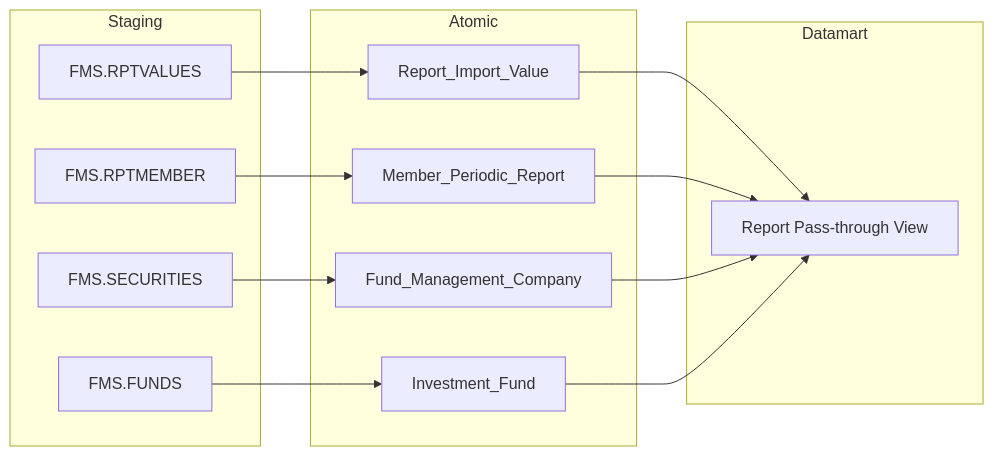
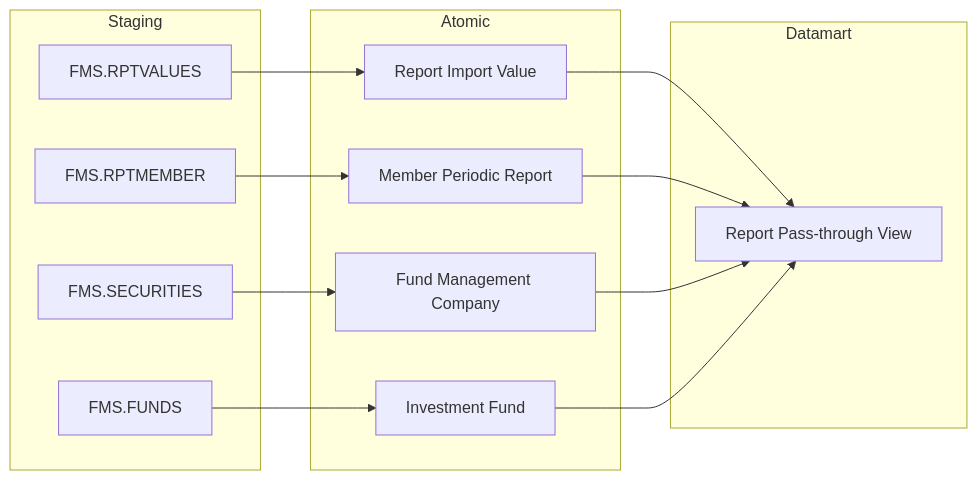
One commit to linhlvit/ubck_atomic_design changed the tenth of 11 diagrams in docs/output/datamart/FMS/DTM_FMS_PTTK.md. Above: the diagram before and after it, drawn with Mermaid. The commit also changed other lines of this file and 34 other files, not shown here.

````diff
--- a/docs/output/datamart/FMS/DTM_FMS_PTTK.md
+++ b/docs/output/datamart/FMS/DTM_FMS_PTTK.md
@@ -388,26 +528,30 @@
 ```mermaid
 flowchart LR
-  subgraph Staging
-    FMS_RPTVALUES["FMS.RPTVALUES"]
-    FMS_RPTMEMBER["FMS.RPTMEMBER"]
-    FMS_SECURITIES["FMS.SECURITIES"]
-    FMS_FUNDS["FMS.FUNDS"]
-  end
-  subgraph Atomic
-    Report_Import_Value
-    Member_Periodic_Report
-    Fund_Management_Company
-    Investment_Fund
-  end
-  subgraph Datamart
-    rpt_pass_thru_view["Report Pass-through View"]
-  end
-  FMS_RPTVALUES --> Report_Import_Value
-  FMS_RPTMEMBER --> Member_Periodic_Report
-  FMS_SECURITIES --> Fund_Management_Company
-  FMS_FUNDS --> Investment_Fund
-  Report_Import_Value --> rpt_pass_thru_view
-  Member_Periodic_Report --> rpt_pass_thru_view
-  Fund_Management_Company --> rpt_pass_thru_view
-  Investment_Fund --> rpt_pass_thru_view
+    subgraph Staging
+        S1["FMS.RPTVALUES"]
+        S2["FMS.RPTMEMBER"]
+        S3["FMS.SECURITIES"]
+        S4["FMS.FUNDS"]
+    end
+
+    subgraph Atomic
+        SV1["Report Import Value"]
+        SV2["Member Periodic Report"]
+        SV3["Fund Management Company"]
+        SV4["Investment Fund"]
+    end
+
+    subgraph Datamart
+        G1["Report Pass-through View"]
+    end
+
+    S1 --> SV1
+    S2 --> SV2
+    S3 --> SV3
+    S4 --> SV4
+
+    SV1 --> G1
+    SV2 --> G1
+    SV3 --> G1
+    SV4 --> G1
 ```
````
